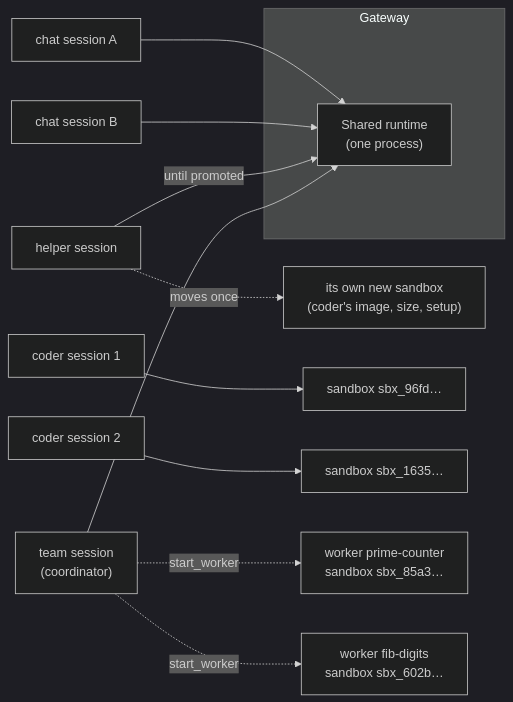
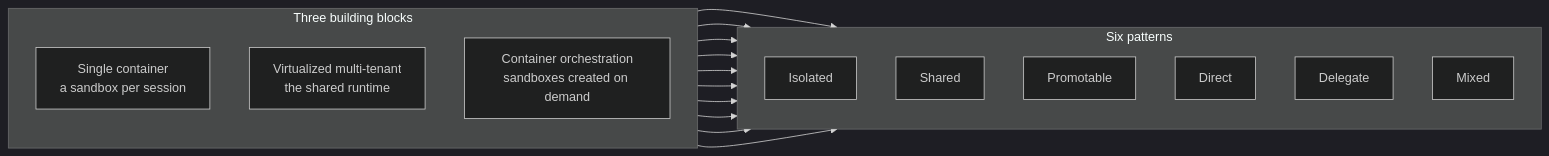
One commit to patniko/managed-copilot-sdk changed the diagram in README.md. Above: the diagram before and after it, drawn with Mermaid (dark theme). The commit also changed other lines of this file and 13 other files, not shown here.

First line of the commit message:
docs, gallery: three building blocks, six patterns

````diff
--- a/README.md
+++ b/README.md
@@ -107,15 +90,28 @@
 ```mermaid
 flowchart LR
-  subgraph GW["Gateway"]
-    RT["Shared runtime<br/>(one process)"]
+  subgraph B["Three building blocks"]
+    direction TB
+    C["Single container<br/>a sandbox per session"]
+    MT["Virtualized multi-tenant<br/>the shared runtime"]
+    O["Container orchestration<br/>sandboxes created on demand"]
   end
-  C1["chat session A"] --> RT
-  C2["chat session B"] --> RT
-  H["helper session"] -- "until promoted" --> RT
-  H -. "moves once" .-> S3["its own new sandbox<br/>(coder's image, size, setup)"]
-  K1["coder session 1"] --> S1["sandbox sbx_96fd…"]
-  K2["coder session 2"] --> S2["sandbox sbx_1635…"]
-  T["team session<br/>(coordinator)"] --> RT
-  T -. "start_worker" .-> W1["worker prime-counter<br/>sandbox sbx_85a3…"]
-  T -. "start_worker" .-> W2["worker fib-digits<br/>sandbox sbx_602b…"]
+  subgraph P["Six patterns"]
+    direction TB
+    I["Isolated"]
+    S["Shared"]
+    PR["Promotable"]
+    D["Direct"]
+    DL["Delegate"]
+    M["Mixed"]
+  end
+  C --> I
+  MT --> S
+  MT --> PR
+  C --> PR
+  MT --> D
+  MT --> DL
+  MT --> M
+  O --> D
+  O --> DL
+  O --> M
 ```
````
